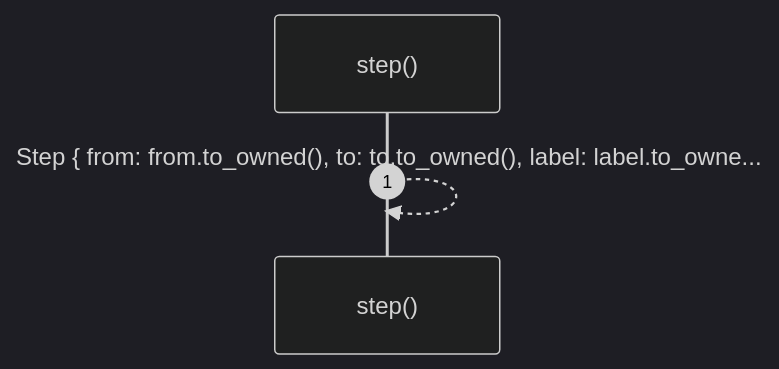
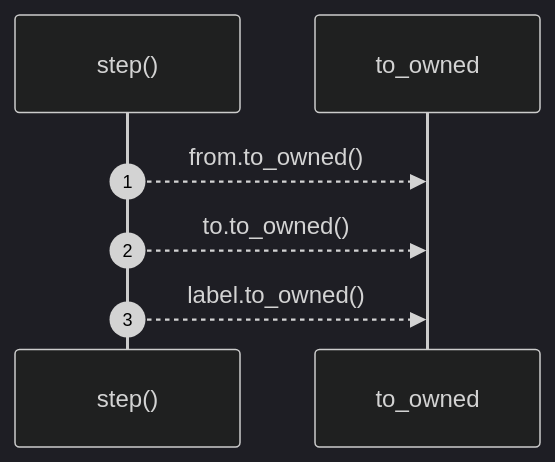
One commit to RyanGuild/self-describing-code changed the diagram in docs/self-model/robby_render/test_render/step.md. Above: the diagram before and after it, drawn with Mermaid (dark theme). The commit also changed other lines of this file and 1404 other files, not shown here.

````diff
--- a/docs/self-model/robby_render/test_render/step.md
+++ b/docs/self-model/robby_render/test_render/step.md
@@ -26,6 +26,9 @@
 ```mermaid
 sequenceDiagram
     autonumber
     participant step as step()
-    step-->>step: Step { from: from.to_owned(), to: to.to_owned(), label: label.to_owne...
+    participant to_owned as to_owned
+    step-->>to_owned: from.to_owned()
+    step-->>to_owned: to.to_owned()
+    step-->>to_owned: label.to_owned()
 ```
````
